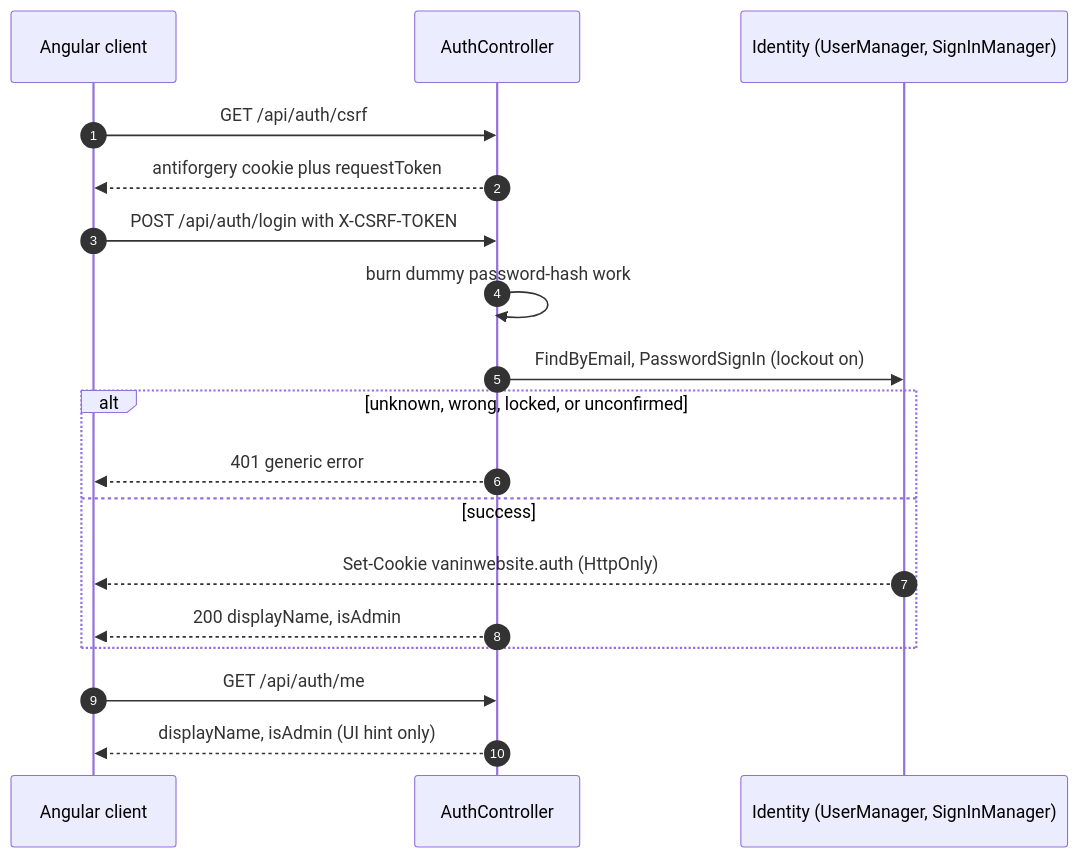
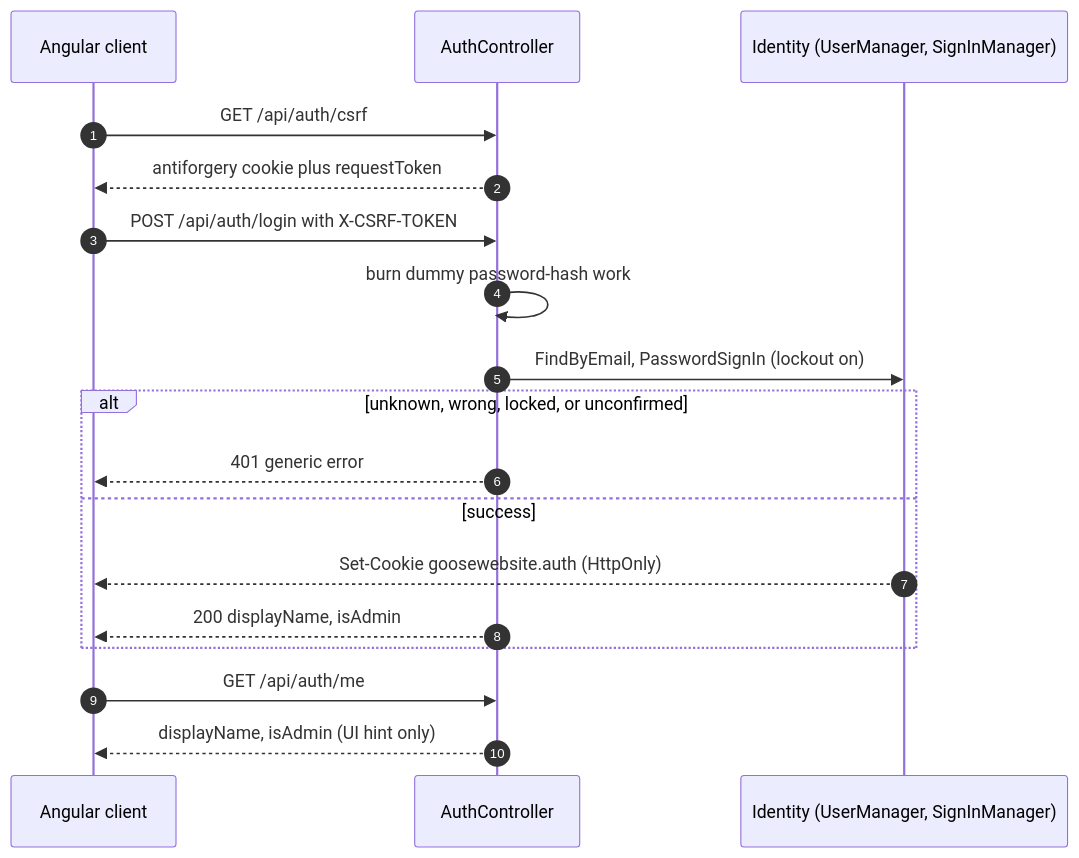
The fifth of 9 diagrams in Docs/architecture.md (GucciVanin/goosevaninWebsite), drawn with Mermaid before and after one commit. The commit also changed other lines of this file and 233 other files, not shown here.

````diff
--- a/Docs/architecture.md
+++ b/Docs/architecture.md
@@ -277,21 +279,21 @@
 ```mermaid
 sequenceDiagram
     autonumber
     participant B as Angular client
     participant A as AuthController
     participant I as Identity (UserManager, SignInManager)
 
     B->>A: GET /api/auth/csrf
     A-->>B: antiforgery cookie plus requestToken
     B->>A: POST /api/auth/login with X-CSRF-TOKEN
     A->>A: burn dummy password-hash work
     A->>I: FindByEmail, PasswordSignIn (lockout on)
     alt unknown, wrong, locked, or unconfirmed
         A-->>B: 401 generic error
     else success
-        I-->>B: Set-Cookie vaninwebsite.auth (HttpOnly)
+        I-->>B: Set-Cookie goosewebsite.auth (HttpOnly)
         A-->>B: 200 displayName, isAdmin
     end
     B->>A: GET /api/auth/me
     A-->>B: displayName, isAdmin (UI hint only)
 ```
````
